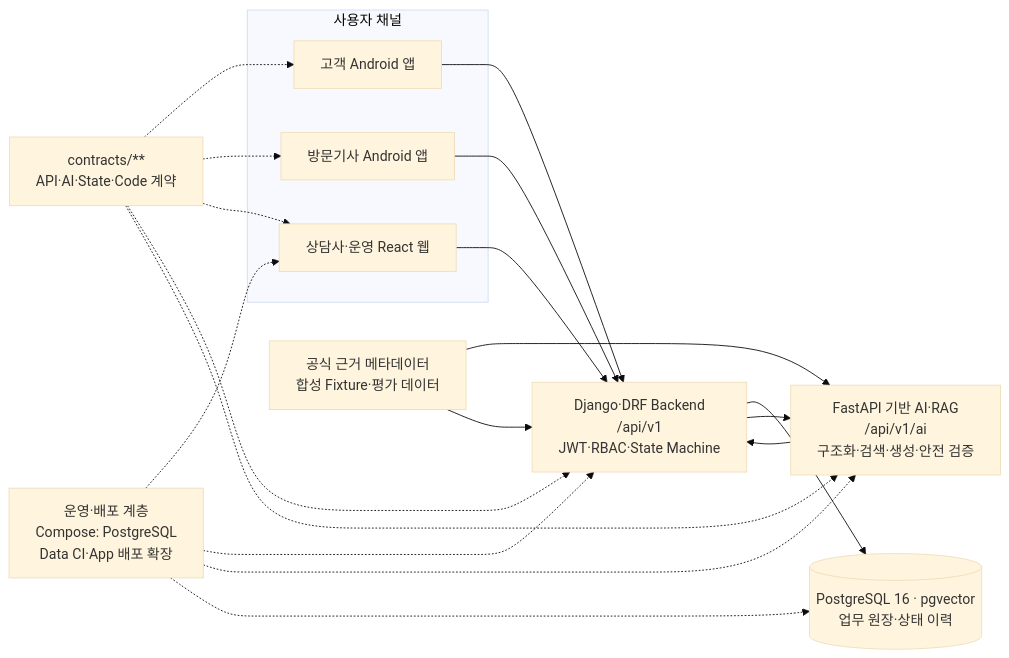
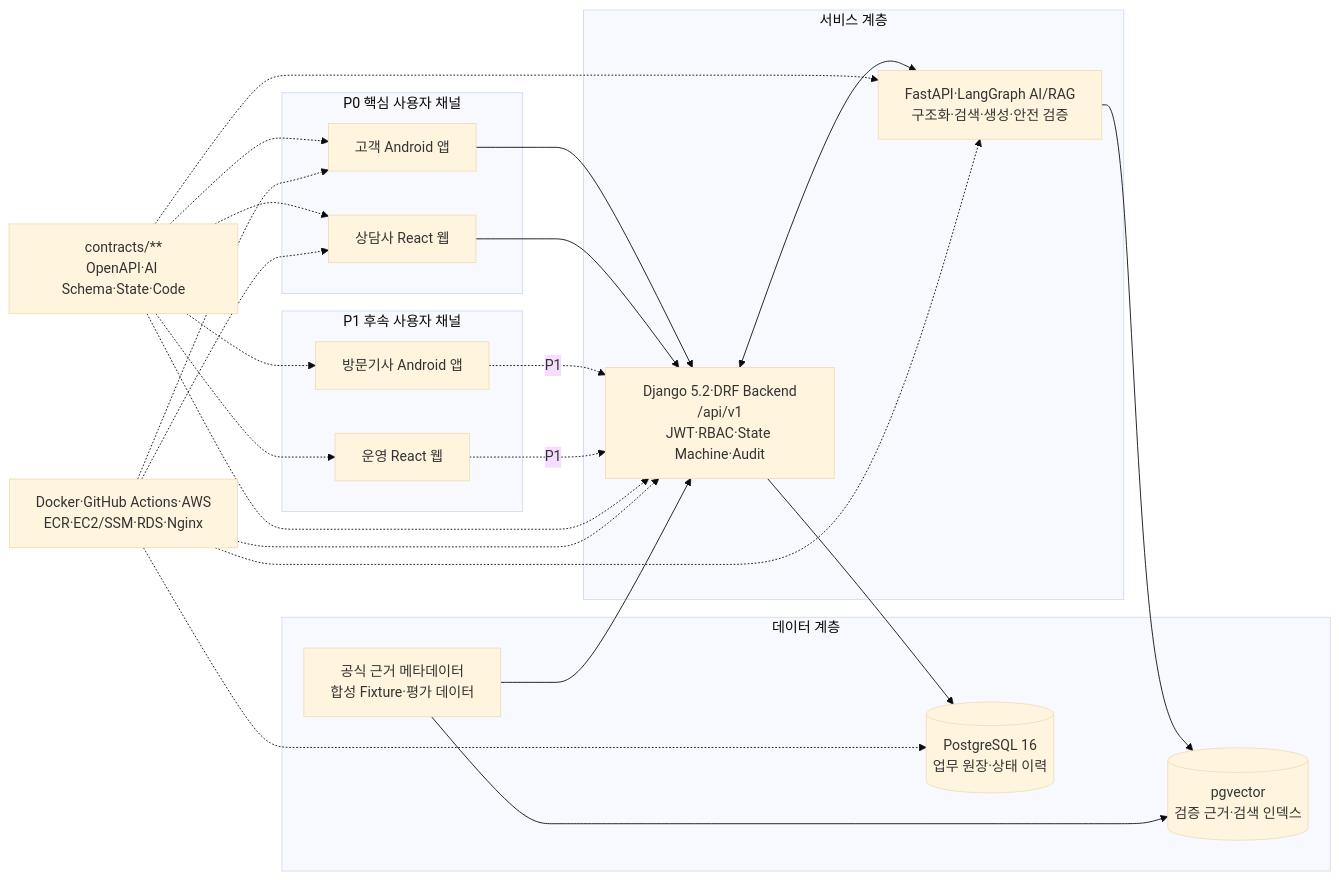
The second of 2 diagrams in README.md (SKNETWORKS-FAMILY-AICAMP/SKN29-FINAL-4TEAM), drawn with Mermaid (base theme) before and after one commit. The commit also changed other lines of this file, not shown here.

````diff
--- a/README.md
+++ b/README.md
@@ -135,34 +166,48 @@
 ```mermaid
 flowchart LR
-    subgraph CHANNELS["사용자 채널"]
+    subgraph P0_CHANNELS["P0 핵심 사용자 채널"]
         CUSTOMER_APP["고객 Android 앱"]
-        TECH_APP["방문기사 Android 앱"]
-        WEB_APP["상담사·운영 React 웹"]
+        CONSULTANT_WEB["상담사 React 웹"]
     end
 
-    BACKEND["Django·DRF Backend<br/>/api/v1<br/>JWT·RBAC·State Machine"]
-    AI["FastAPI 기반 AI·RAG<br/>/api/v1/ai<br/>구조화·검색·생성·안전 검증"]
-    DB[("PostgreSQL 16 · pgvector<br/>업무 원장·상태 이력")]
-    DATA["공식 근거 메타데이터<br/>합성 Fixture·평가 데이터"]
-    CONTRACTS["contracts/**<br/>API·AI·State·Code 계약"]
-    OPS["운영·배포 계층<br/>Compose: PostgreSQL<br/>Data CI·App 배포 확장"]
+    subgraph P1_CHANNELS["P1 후속 사용자 채널"]
+        TECH_APP["방문기사 Android 앱"]
+        OPERATOR_WEB["운영 React 웹"]
+    end
+
+    subgraph SERVICES["서비스 계층"]
+        BACKEND["Django 5.2·DRF Backend<br/>/api/v1<br/>JWT·RBAC·State Machine·Audit"]
+        AI["FastAPI·LangGraph AI/RAG<br/>구조화·검색·생성·안전 검증"]
+    end
+
+    subgraph STORAGE["데이터 계층"]
+        BUSINESS_DB[("PostgreSQL 16<br/>업무 원장·상태 이력")]
+        VECTOR_DB[("pgvector<br/>검증 근거·검색 인덱스")]
+        DATA["공식 근거 메타데이터<br/>합성 Fixture·평가 데이터"]
+    end
+
+    CONTRACTS["contracts/**<br/>OpenAPI·AI Schema·State·Code"]
+    DELIVERY["Docker·GitHub Actions·AWS<br/>ECR·EC2/SSM·RDS·Nginx"]
 
     CUSTOMER_APP --> BACKEND
-    TECH_APP --> BACKEND
-    WEB_APP --> BACKEND
-    BACKEND --> DB
-    BACKEND --> AI
-    AI --> BACKEND
-    DATA --> AI
+    CONSULTANT_WEB --> BACKEND
+    TECH_APP -. "P1" .-> BACKEND
+    OPERATOR_WEB -. "P1" .-> BACKEND
+    BACKEND <--> AI
+    BACKEND --> BUSINESS_DB
+    AI --> VECTOR_DB
+    DATA --> VECTOR_DB
     DATA --> BACKEND
 
     CONTRACTS -.-> CUSTOMER_APP
+    CONTRACTS -.-> CONSULTANT_WEB
     CONTRACTS -.-> TECH_APP
-    CONTRACTS -.-> WEB_APP
+    CONTRACTS -.-> OPERATOR_WEB
     CONTRACTS -.-> BACKEND
     CONTRACTS -.-> AI
-    OPS -.-> WEB_APP
-    OPS -.-> BACKEND
-    OPS -.-> AI
-    OPS -.-> DB
+    DELIVERY -.-> CUSTOMER_APP
+    DELIVERY -.-> CONSULTANT_WEB
+    DELIVERY -.-> BACKEND
+    DELIVERY -.-> AI
+    DELIVERY -.-> BUSINESS_DB
 ```
````
